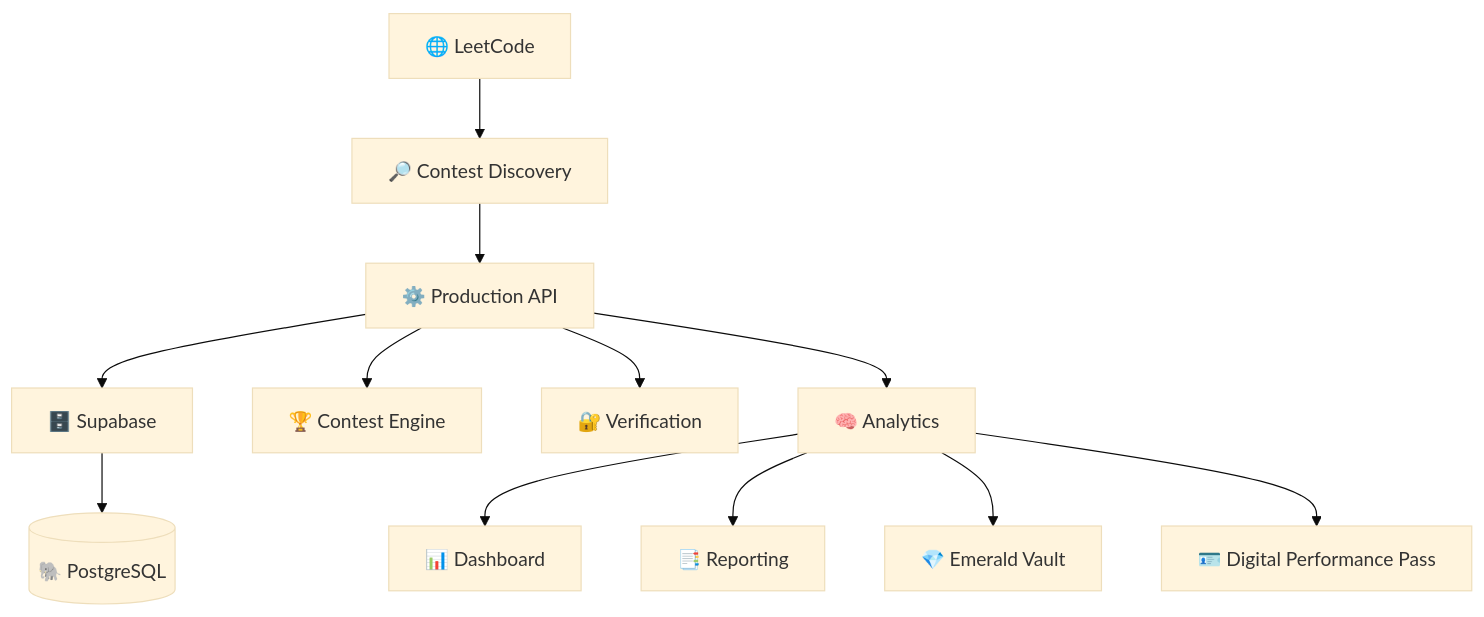
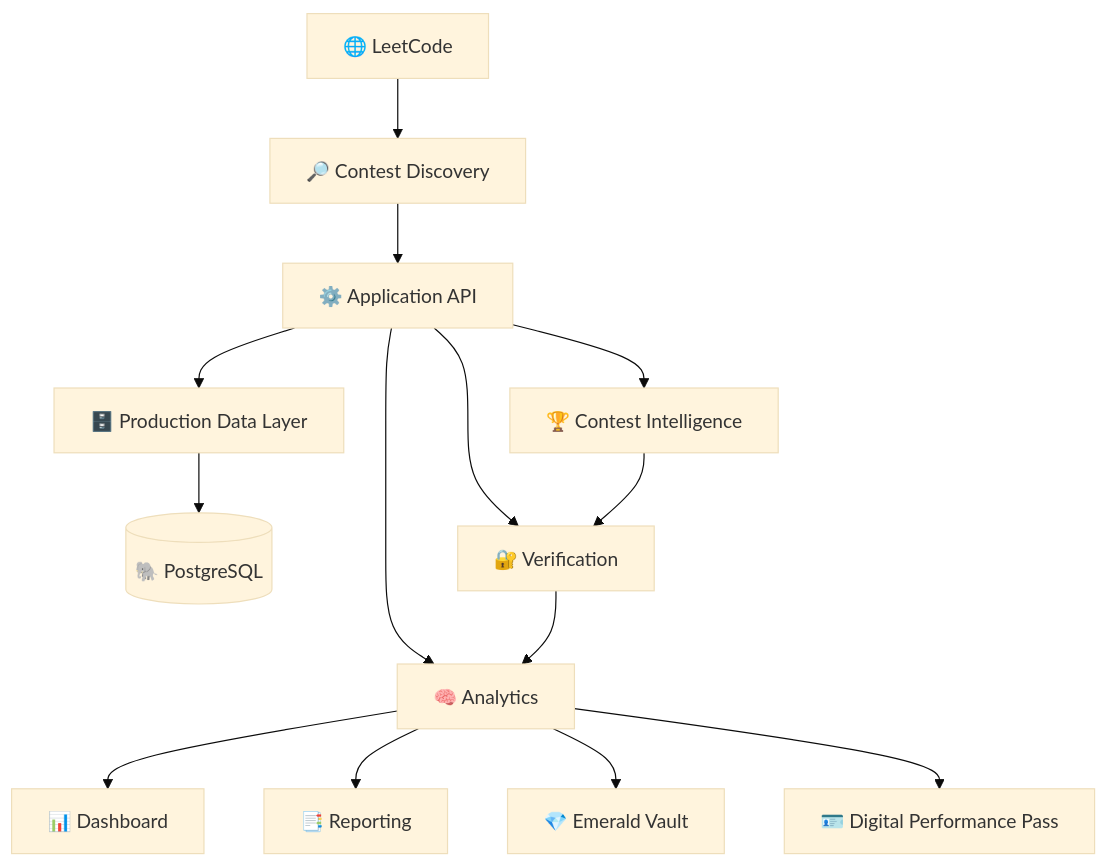
Before and after one commit to nanthishvaran17/Leetcodeurl-s: the diagram in README.md, drawn with Mermaid (base theme). The commit also changed other lines of this file, not shown here.

````diff
--- a/README.md
+++ b/README.md
@@ -341,19 +137,23 @@
 ```mermaid
 flowchart TB
 
     A["🌐 LeetCode"] --> B["🔎 Contest Discovery"]
 
-    B --> C["⚙️ Production API"]
+    B --> C["⚙️ Application API"]
 
-    C --> D["🗄️ Supabase"]
+    C --> D["🗄️ Production Data Layer"]
+
     D --> E[("🐘 PostgreSQL")]
 
-    C --> F["🏆 Contest Engine"]
+    C --> F["🏆 Contest Intelligence"]
     C --> G["🔐 Verification"]
     C --> H["🧠 Analytics"]
 
     H --> I["📊 Dashboard"]
     H --> J["📑 Reporting"]
     H --> K["💎 Emerald Vault"]
     H --> L["🪪 Digital Performance Pass"]
+
+    F --> G
+    G --> H
 ```
````
